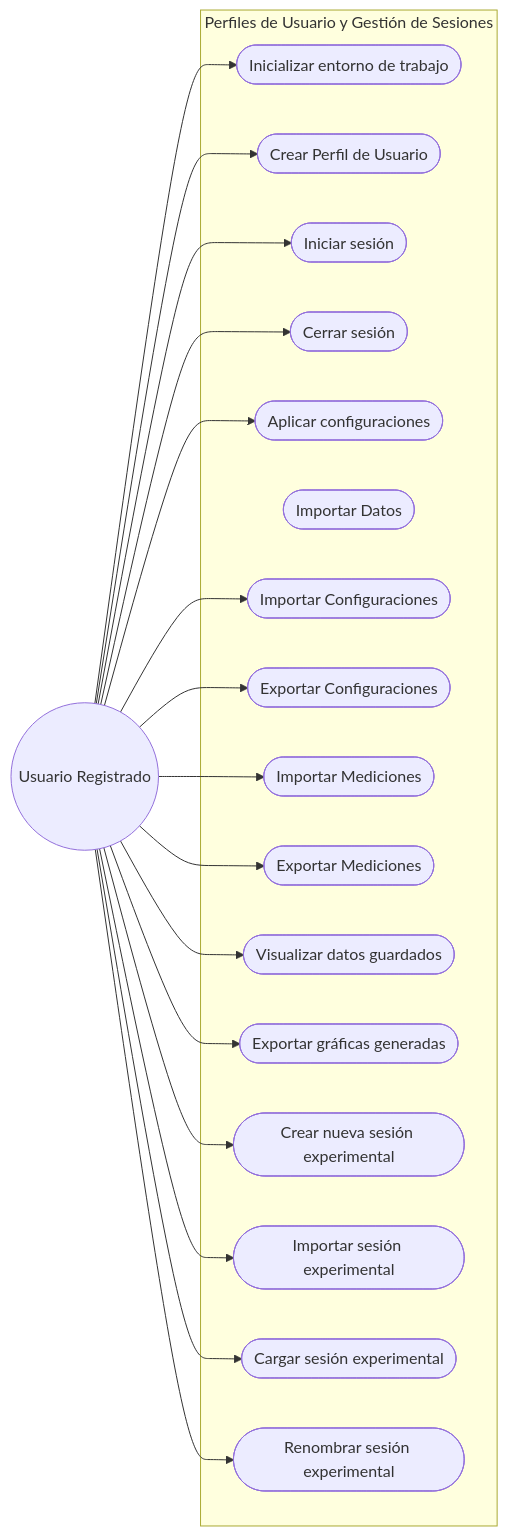
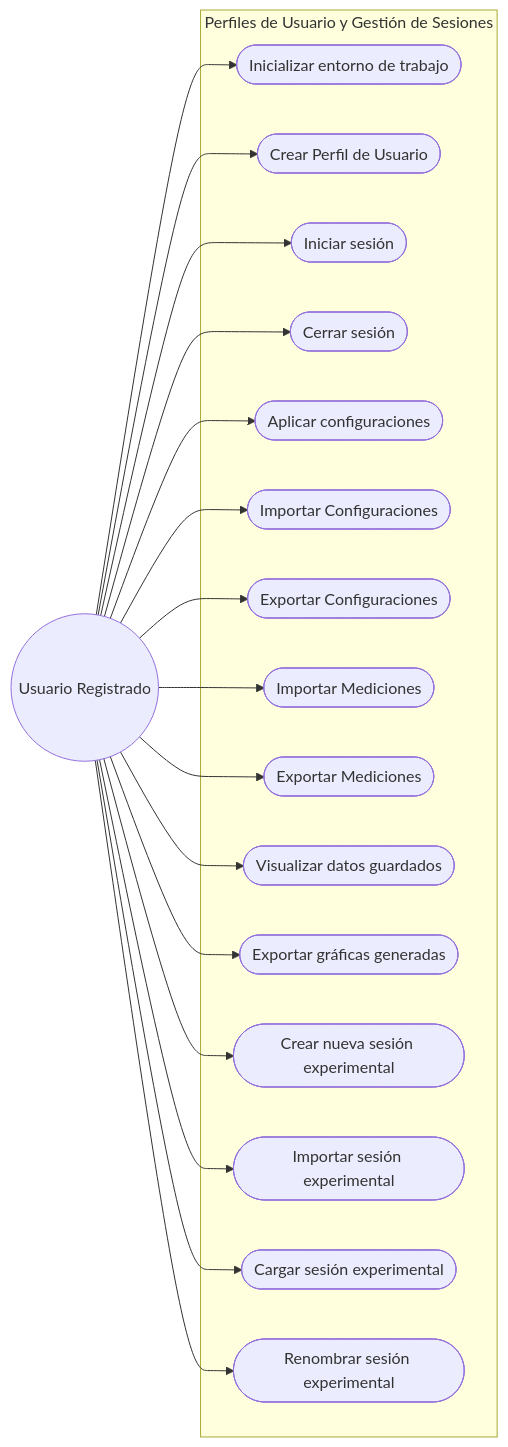
The fourth of 7 diagrams in Gmini-MarkDown/Diagramas/Diagramas de CU.md (alegrelias/Repo-GMini), drawn with Mermaid before and after one commit. The commit also changed 1 other file, not shown here.

Commit message:
Añadi las especificaciones de los nuevos cus y quite q me falto el importar datos del diagrama

````diff
--- a/Gmini-MarkDown/Diagramas/Diagramas de CU.md
+++ b/Gmini-MarkDown/Diagramas/Diagramas de CU.md
@@ -109,42 +109,41 @@
 ```mermaid
 flowchart LR
 %% Actores
 Usuario((Usuario Registrado))
 
 subgraph Perfiles de Usuario y Gestión de Sesiones
 	CU20([Inicializar entorno de trabajo])
 	CU21([Crear Perfil de Usuario])
 	CU22([Iniciar sesión])
 	CU24([Cerrar sesión])
 	CU26([Aplicar configuraciones])
-	CU27([Importar Datos])
 	CU29([Importar Configuraciones])
 	CU30([Exportar Configuraciones])
 	CU31([Importar Mediciones])
 	CU32([Exportar Mediciones])
 	CU33([Visualizar datos guardados])
 	CU34([Exportar gráficas generadas])
 	CU_B7([Crear nueva sesión experimental])
 	CU_B8([Importar sesión experimental])
 	CU_B9([Cargar sesión experimental])
 	CU_B10([Renombrar sesión experimental])
 end
 
 %% Asociaciones
 Usuario --> CU20
 Usuario --> CU21
 Usuario --> CU22
 Usuario --> CU24
 Usuario --> CU26
 Usuario --> CU29
 Usuario --> CU31
 Usuario --> CU30
 Usuario --> CU32
 Usuario --> CU34
 Usuario --> CU33
 Usuario --> CU_B7
 Usuario --> CU_B8
 Usuario --> CU_B9
 Usuario --> CU_B10
 
 ```
````
